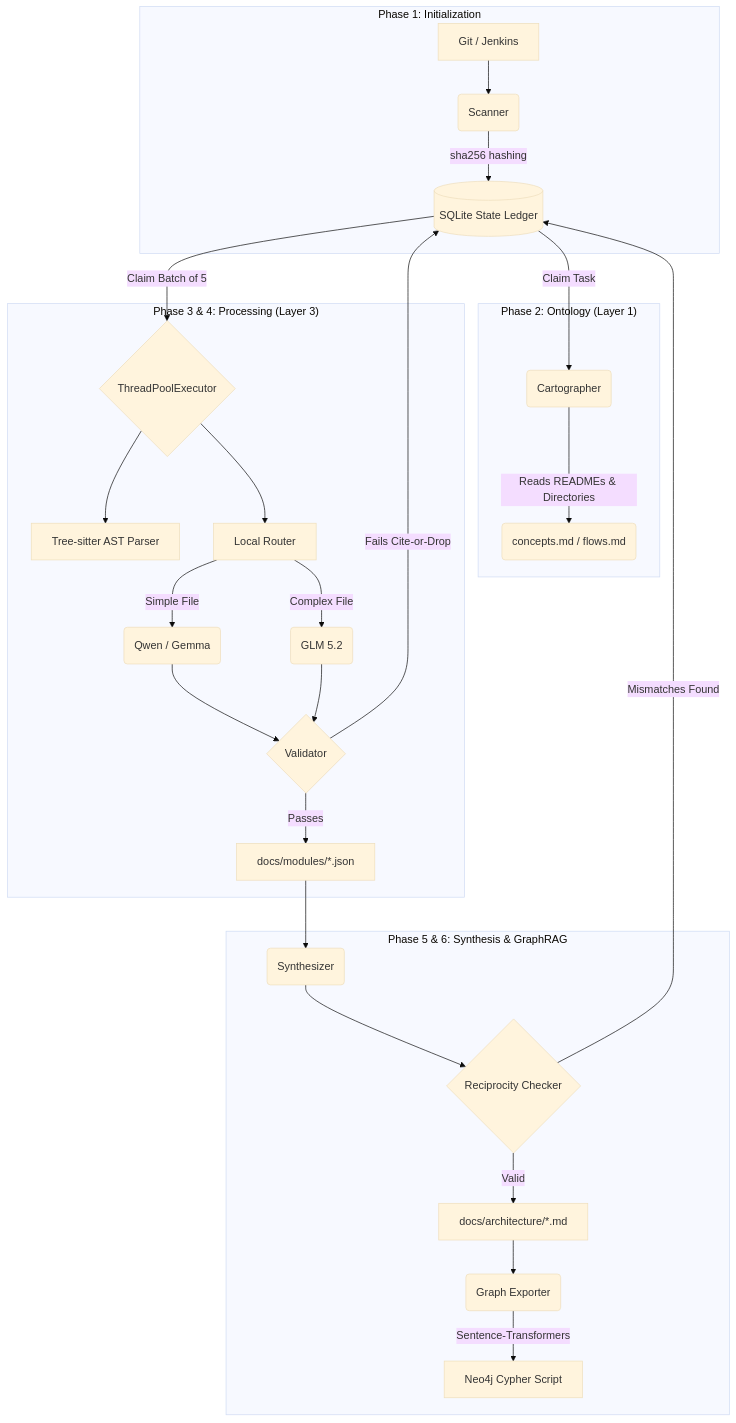
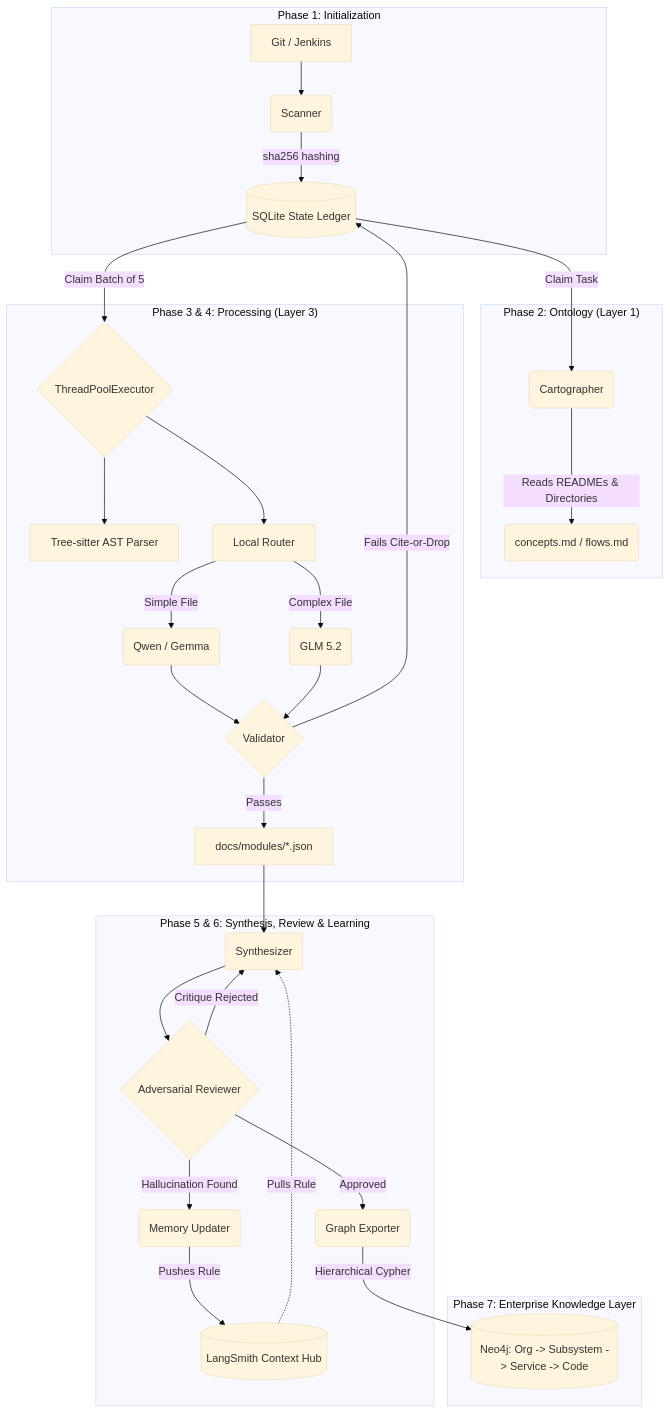
Before and after one commit to prashantr00082/droa: the diagram in ARCHITECTURE_DEEP_DIVE.md, drawn with Mermaid (base theme). The commit also changed other lines of this file and 1 other file, not shown here.

Commit message:
Update architecture documents with new features

````diff
--- a/ARCHITECTURE_DEEP_DIVE.md
+++ b/ARCHITECTURE_DEEP_DIVE.md
@@ -31,33 +31,39 @@
 ```mermaid
 graph TD
     subgraph "Phase 1: Initialization"
         A[Git / Jenkins] --> B(Scanner)
         B -->|sha256 hashing| C[(SQLite State Ledger)]
     end
     
     subgraph "Phase 2: Ontology (Layer 1)"
         C -->|Claim Task| D(Cartographer)
         D -->|Reads READMEs & Directories| D_Out(concepts.md / flows.md)
     end
     
     subgraph "Phase 3 & 4: Processing (Layer 3)"
         C -->|Claim Batch of 5| E{ThreadPoolExecutor}
         E --> F1[Tree-sitter AST Parser]
         E --> F2[Local Router]
         F2 -->|Simple File| G1(Qwen / Gemma)
         F2 -->|Complex File| G2(GLM 5.2)
         G1 --> H{Validator}
         G2 --> H
         H -->|Fails Cite-or-Drop| C
         H -->|Passes| I[docs/modules/*.json]
     end
     
-    subgraph "Phase 5 & 6: Synthesis & GraphRAG"
+    subgraph "Phase 5 & 6: Synthesis, Review & Learning"
         I --> J(Synthesizer)
-        J --> K{Reciprocity Checker}
-        K -->|Mismatches Found| C
-        K -->|Valid| L[docs/architecture/*.md]
-        L --> M(Graph Exporter)
-        M -->|Sentence-Transformers| N[Neo4j Cypher Script]
+        J --> K{Adversarial Reviewer}
+        K -->|Hallucination Found| L1(Memory Updater)
+        L1 -->|Pushes Rule| L2[(LangSmith Context Hub)]
+        L2 -.->|Pulls Rule| J
+        K -->|Critique Rejected| J
+        
+        K -->|Approved| M(Graph Exporter)
+    end
+    
+    subgraph "Phase 7: Enterprise Knowledge Layer"
+        M -->|Hierarchical Cypher| N[(Neo4j: Org -> Subsystem -> Service -> Code)]
     end
 ```
````
